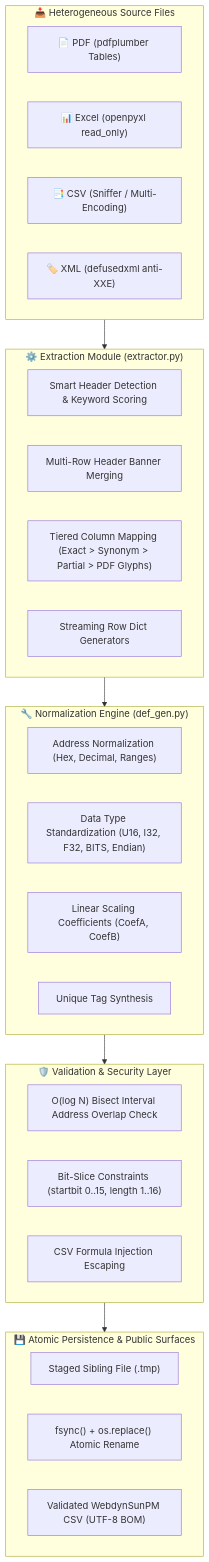
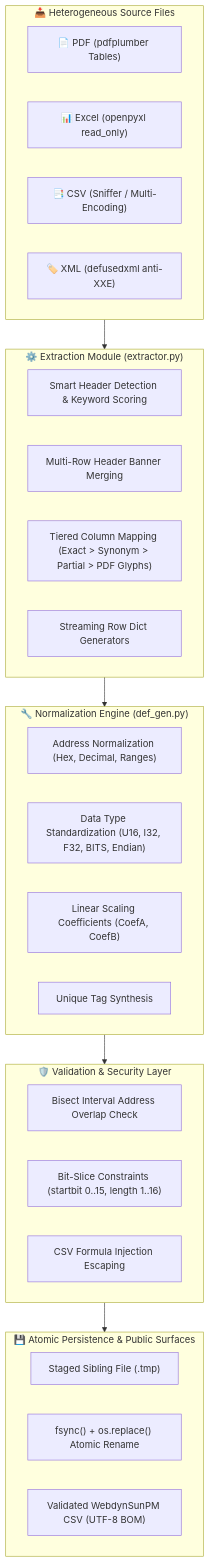
The diagram in docs/architecture.md (Cylae/DefFileGenerator), drawn with Mermaid before and after one commit. The commit also changed other lines of this file and 5 other files, not shown here.

````diff
--- a/docs/architecture.md
+++ b/docs/architecture.md
@@ -19,40 +19,40 @@
 ```mermaid
 flowchart TD
     subgraph Input["📥 Heterogeneous Source Files"]
         A1["📄 PDF (pdfplumber Tables)"]
         A2["📊 Excel (openpyxl read_only)"]
         A3["📑 CSV (Sniffer / Multi-Encoding)"]
         A4["🏷️ XML (defusedxml anti-XXE)"]
     end
 
     subgraph Extractor["⚙️ Extraction Module (extractor.py)"]
         B1["Smart Header Detection & Keyword Scoring"]
         B2["Multi-Row Header Banner Merging"]
         B3["Tiered Column Mapping (Exact > Synonym > Partial > PDF Glyphs)"]
         B4["Streaming Row Dict Generators"]
     end
 
     subgraph Generator["🔧 Normalization Engine (def_gen.py)"]
         C1["Address Normalization (Hex, Decimal, Ranges)"]
         C2["Data Type Standardization (U16, I32, F32, BITS, Endian)"]
         C3["Linear Scaling Coefficients (CoefA, CoefB)"]
         C4["Unique Tag Synthesis"]
     end
 
     subgraph Validation["🛡️ Validation & Security Layer"]
-        D1["O(log N) Bisect Interval Address Overlap Check"]
+        D1["Bisect Interval Address Overlap Check"]
         D2["Bit-Slice Constraints (startbit 0..15, length 1..16)"]
         D3["CSV Formula Injection Escaping"]
     end
 
     subgraph Output["💾 Atomic Persistence & Public Surfaces"]
         E1["Staged Sibling File (.tmp)"]
         E2["fsync() + os.replace() Atomic Rename"]
         E3["Validated WebdynSunPM CSV (UTF-8 BOM)"]
     end
 
     Input --> Extractor
     Extractor --> Generator
     Generator --> Validation
     Validation --> Output
 ```
````
